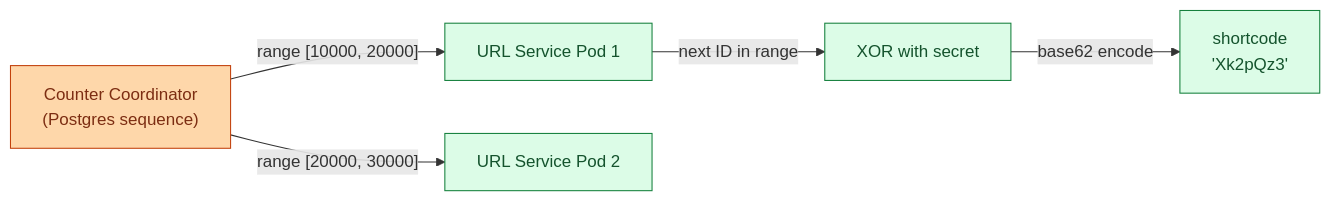
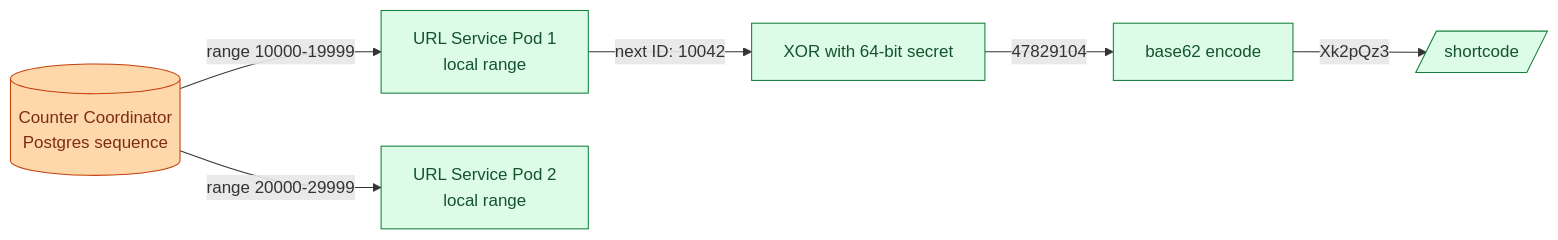
The second of 5 diagrams in problems/001-url-shortener/solution.md (shiningflash/system-design), drawn with Mermaid before and after one commit. The commit also changed other lines of this file and 1 other file, not shown here.

First line of the commit message:
Rewrite URL shortener problem & solution

````diff
--- a/problems/001-url-shortener/solution.md
+++ b/problems/001-url-shortener/solution.md
@@ -147,10 +164,13 @@
 ```mermaid
 flowchart LR
-    Coord["Counter Coordinator<br/>(Postgres sequence)"]:::db -->|"range [10000, 20000]"| Pod1["URL Service Pod 1"]:::app
-    Coord -->|"range [20000, 30000]"| Pod2["URL Service Pod 2"]:::app
-    Pod1 -->|next ID in range| XOR["XOR with secret"]:::app
-    XOR -->|base62 encode| Code["shortcode<br/>'Xk2pQz3'"]:::app
+    Coord[("Counter Coordinator<br/>Postgres sequence")]:::db
+    Coord -->|"range 10000-19999"| Pod1["URL Service Pod 1<br/>local range"]:::app
+    Coord -->|"range 20000-29999"| Pod2["URL Service Pod 2<br/>local range"]:::app
+    Pod1 -->|"next ID: 10042"| XOR["XOR with 64-bit secret"]:::app
+    XOR -->|"47829104"| B62["base62 encode"]:::app
+    B62 -->|"Xk2pQz3"| Out[/shortcode/]:::ok
 
     classDef db fill:#fed7aa,stroke:#c2410c,color:#7c2d12
     classDef app fill:#dcfce7,stroke:#15803d,color:#14532d
+    classDef ok fill:#dcfce7,stroke:#15803d,color:#14532d
 ```
````
